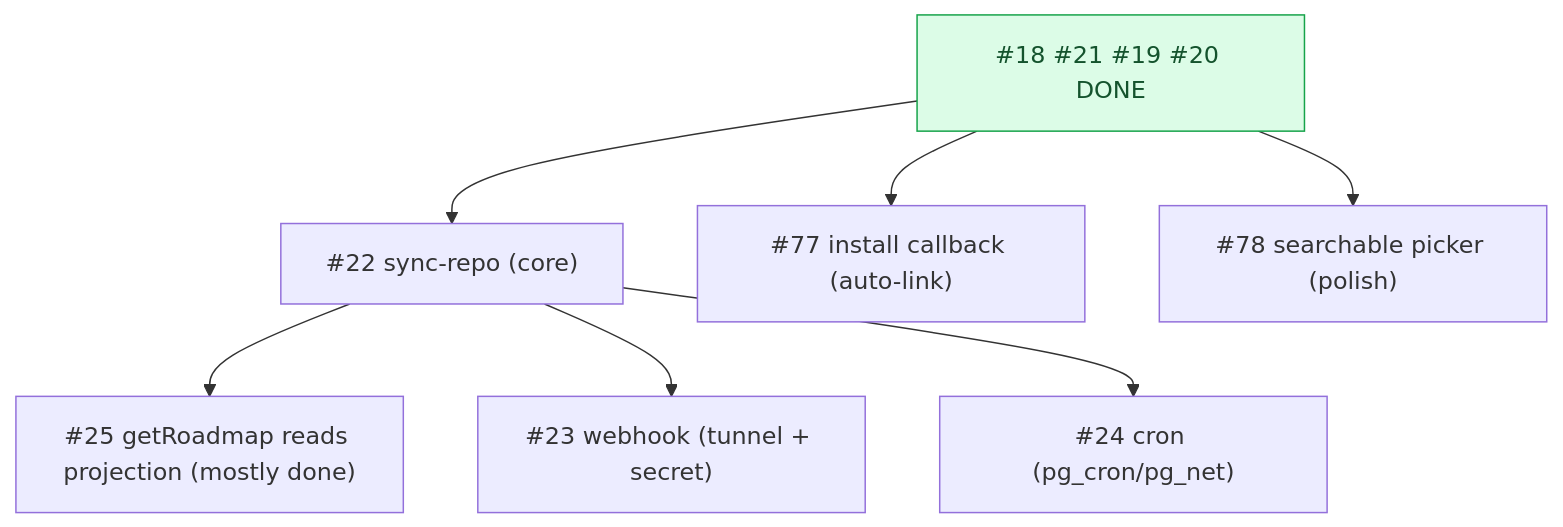
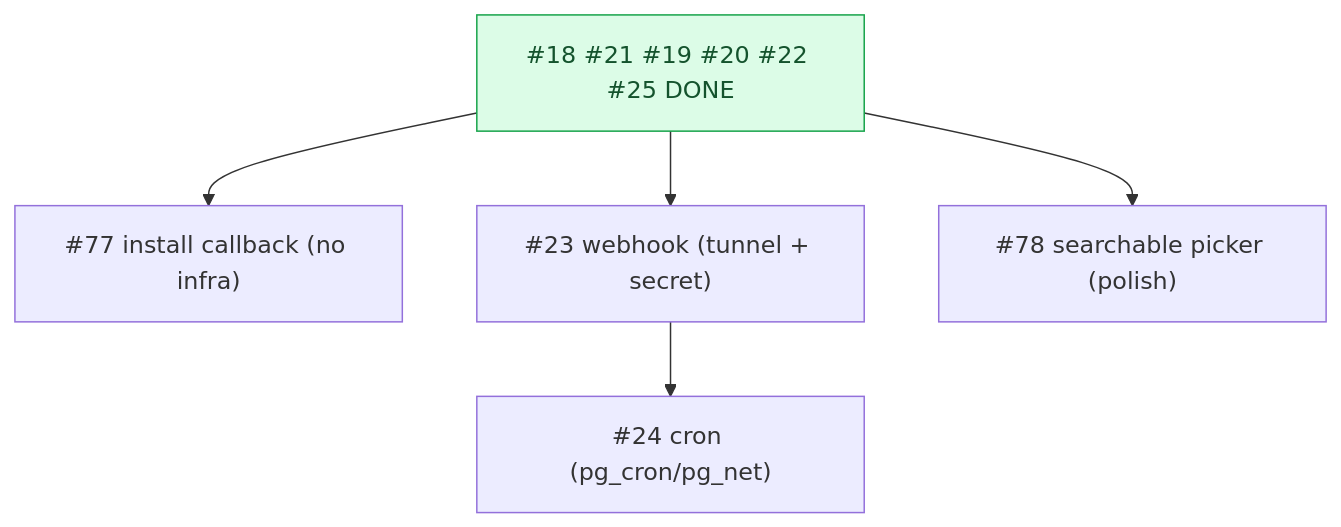
The diagram in docs/audits/milestone-Phase 3 - GitHub App & sync-audit.md (zestones/vista), drawn with Mermaid before and after one commit. The commit also changed other lines of this file and 8 other files, not shown here.

First line of the commit message:
feat(github): post-install callback auto-links the installation (#77)

````diff
--- a/docs/audits/milestone-Phase 3 - GitHub App & sync-audit.md
+++ b/docs/audits/milestone-Phase 3 - GitHub App & sync-audit.md
@@ -22,10 +22,8 @@
 ```mermaid
 flowchart TD
-  D["#18 #21 #19 #20 DONE"]:::done --> I22["#22 sync-repo (core)"]
-  I22 --> I25["#25 getRoadmap reads projection (mostly done)"]
-  I22 --> I23["#23 webhook (tunnel + secret)"]
-  I22 --> I24["#24 cron (pg_cron/pg_net)"]
-  D --> I77["#77 install callback (auto-link)"]
+  D["#18 #21 #19 #20 #22 #25 DONE"]:::done --> I77["#77 install callback (no infra)"]
+  D --> I23["#23 webhook (tunnel + secret)"]
+  I23 --> I24["#24 cron (pg_cron/pg_net)"]
   D --> I78["#78 searchable picker (polish)"]
   classDef done fill:#dcfce7,stroke:#16a34a,color:#14532d;
 ```
````
